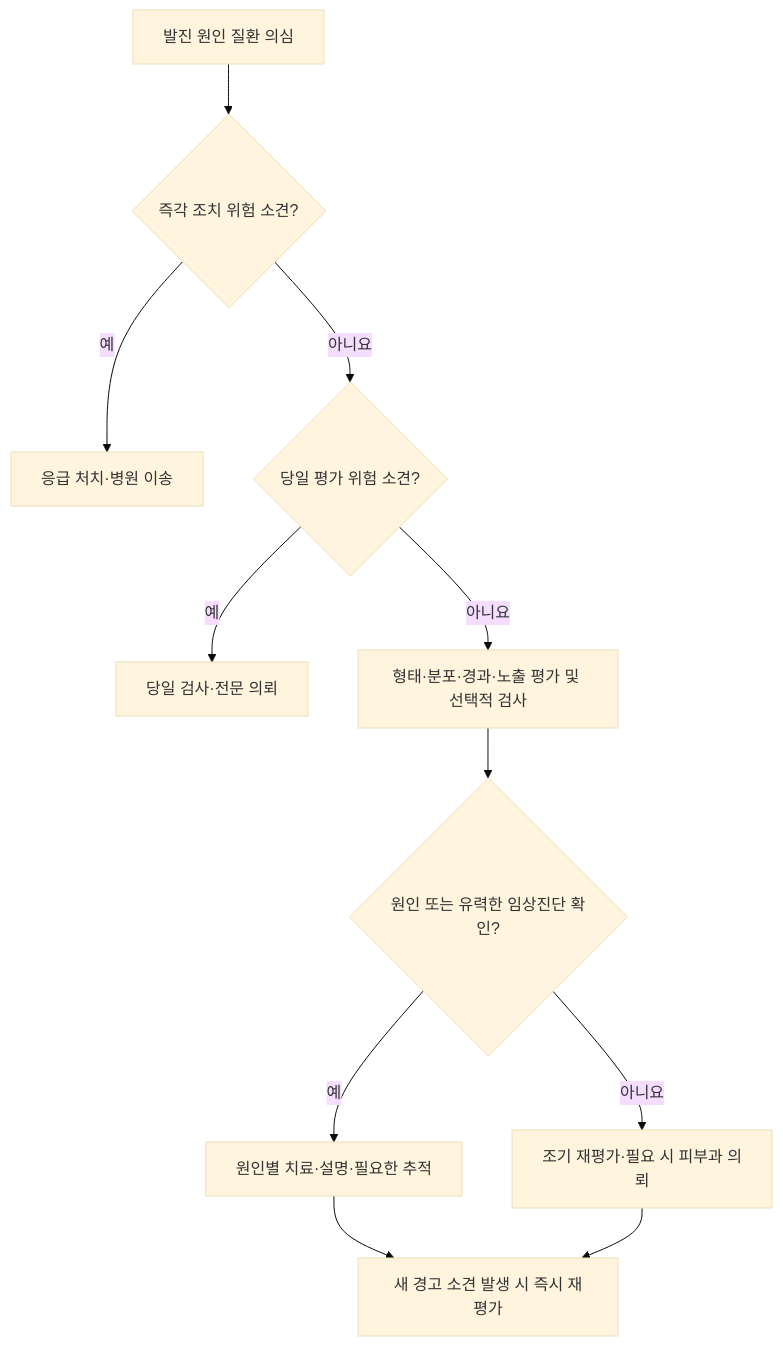
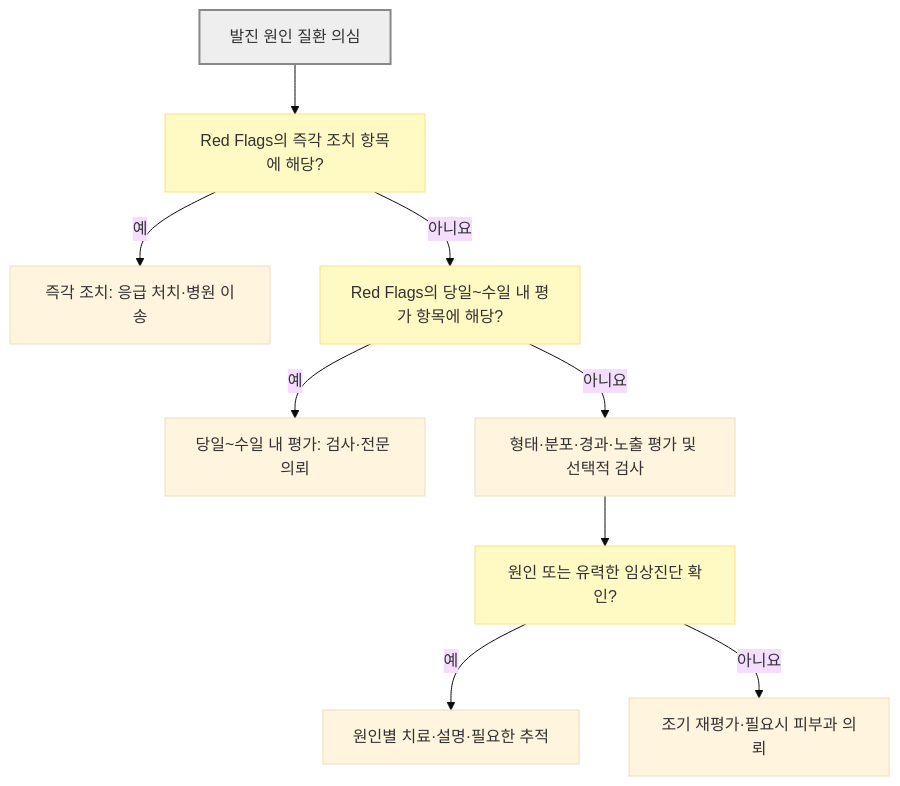
Before and after one commit to familyoh77/familyoh77: the diagram in 229_/155_-rash.md, drawn with Mermaid (base theme). The commit also changed other lines of this file and 16 other files, not shown here.

````diff
--- a/229_/155_-rash.md
+++ b/229_/155_-rash.md
@@ -155,13 +147,15 @@
 ```mermaid
 flowchart TD
-    A["발진 원인 질환 의심"] --> B{"즉각 조치 위험 소견?"}
-    B -->|예| C["응급 처치·병원 이송"]
-    B -->|아니요| D{"당일 평가 위험 소견?"}
-    D -->|예| E["당일 검사·전문 의뢰"]
-    D -->|아니요| F["형태·분포·경과·노출 평가 및 선택적 검사"]
-    F --> G{"원인 또는 유력한 임상진단 확인?"}
-    G -->|예| H["원인별 치료·설명·필요한 추적"]
-    G -->|아니요| I["조기 재평가·필요 시 피부과 의뢰"]
-    H --> J["새 경고 소견 발생 시 즉시 재평가"]
-    I --> J
+    A["발진 원인 질환 의심"] --> B["Red Flags의 즉각 조치 항목에 해당?"]
+    B -- "예" --> C["즉각 조치: 응급 처치·병원 이송"]
+    B -- "아니요" --> D["Red Flags의 당일~수일 내 평가 항목에 해당?"]
+    D -- "예" --> E["당일~수일 내 평가: 검사·전문 의뢰"]
+    D -- "아니요" --> F["형태·분포·경과·노출 평가 및 선택적 검사"]
+    F --> G["원인 또는 유력한 임상진단 확인?"]
+    G -- "예" --> H["원인별 치료·설명·필요한 추적"]
+    G -- "아니요" --> I["조기 재평가·필요시 피부과 의뢰"]
+
+    classDef question fill:#fff9c4,stroke:#ffe082
+    class B,D,G question
+    style A fill:#eeeeee,stroke:#888888,stroke-width:2px
 ```
````
